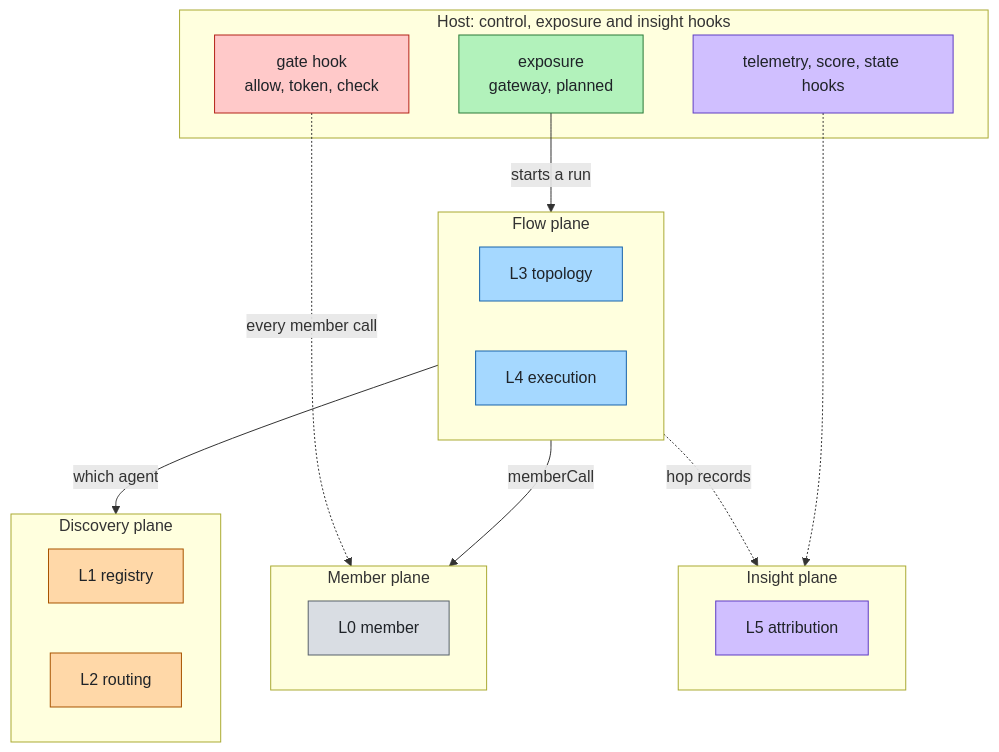
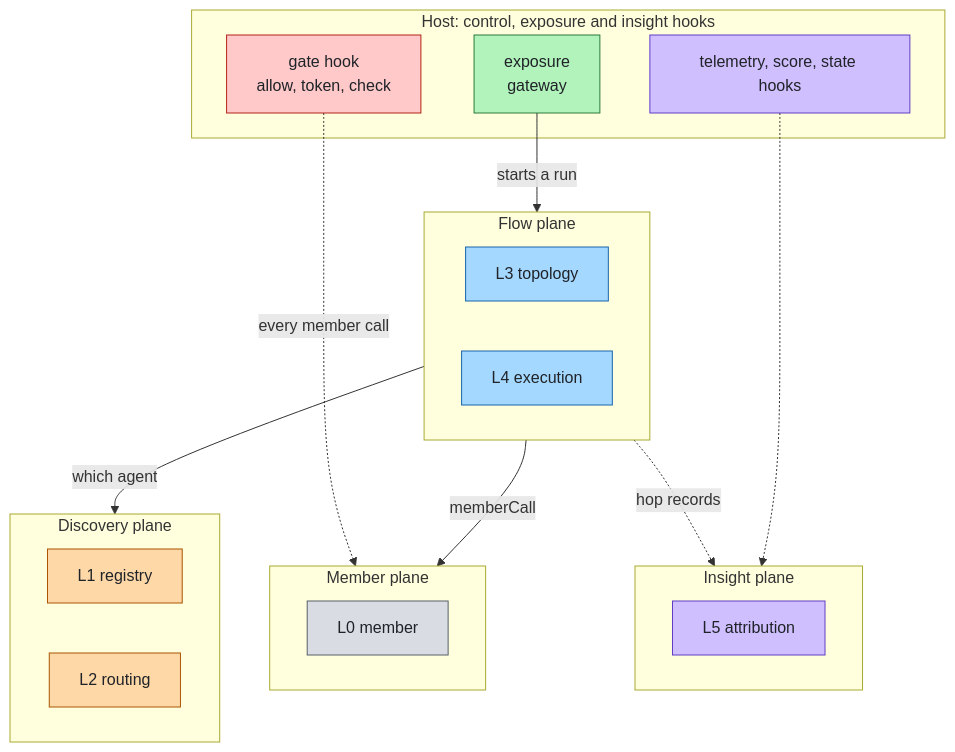
Before and after one commit to aantenore/agent-plexus: the first of 3 diagrams in docs/stack.md, drawn with Mermaid. The commit also changed other lines of this file and 15 other files, not shown here.

````diff
--- a/docs/stack.md
+++ b/docs/stack.md
@@ -30,34 +30,34 @@
 ```mermaid
 flowchart TB
   subgraph hostp["Host: control, exposure and insight hooks"]
-    expose["exposure<br/>gateway, planned"]:::experience
+    expose["exposure<br/>gateway"]:::experience
     gate["gate hook<br/>allow, token, check"]:::control
     tel["telemetry, score, state hooks"]:::insight
   end
   subgraph flw["Flow plane"]
     topology["L3 topology"]:::agent
     execution["L4 execution"]:::agent
   end
   subgraph dsc["Discovery plane"]
     registry["L1 registry"]:::model
     routing["L2 routing"]:::model
   end
   subgraph mbr["Member plane"]
     member["L0 member"]:::foundation
   end
   subgraph ins["Insight plane"]
     attribution["L5 attribution"]:::insight
   end
   expose -->|"starts a run"| flw
   gate -.->|"every member call"| mbr
   flw -->|"which agent"| dsc
   flw -->|"memberCall"| mbr
   flw -.->|"hop records"| ins
   tel -.-> ins
   classDef foundation fill:#d9dde3,stroke:#57606a,color:#1f2328
   classDef model fill:#ffd8a8,stroke:#a85400,color:#1f2328
   classDef agent fill:#a5d8ff,stroke:#1864ab,color:#1f2328
   classDef control fill:#ffc9c9,stroke:#b42318,color:#1f2328
   classDef experience fill:#b2f2bb,stroke:#2a7a38,color:#1f2328
   classDef insight fill:#d0bfff,stroke:#5f3dc4,color:#1f2328
 ```
````
